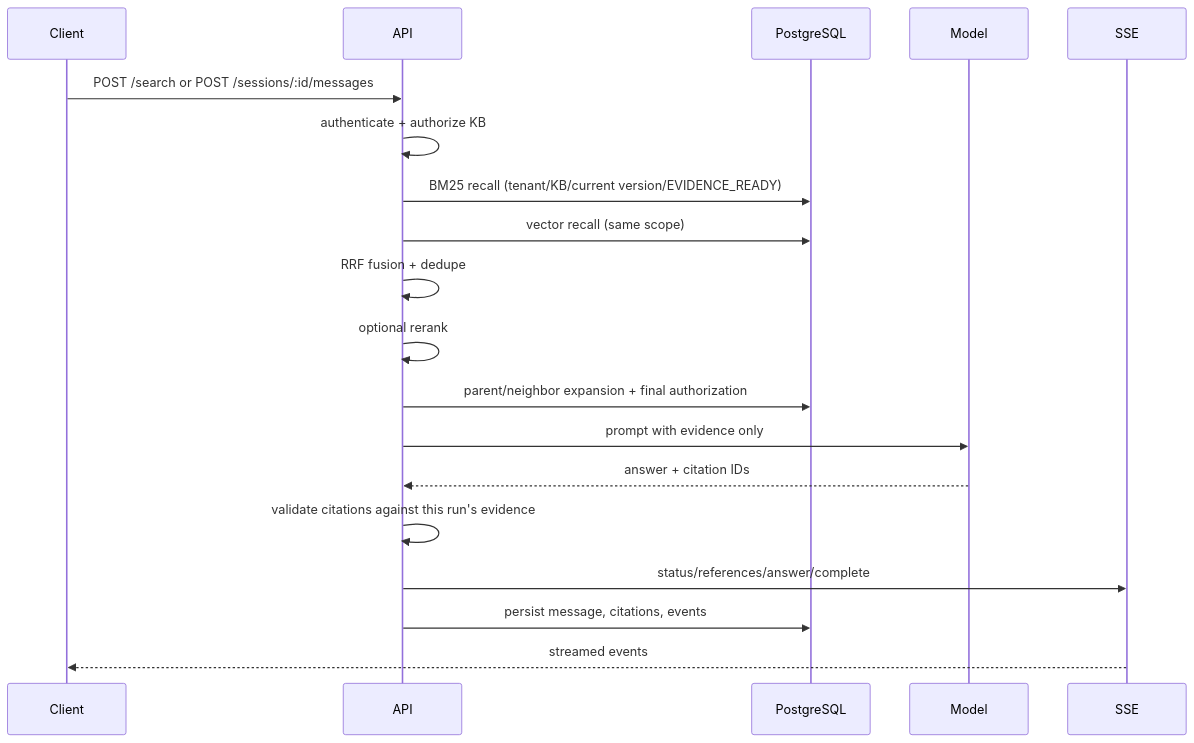
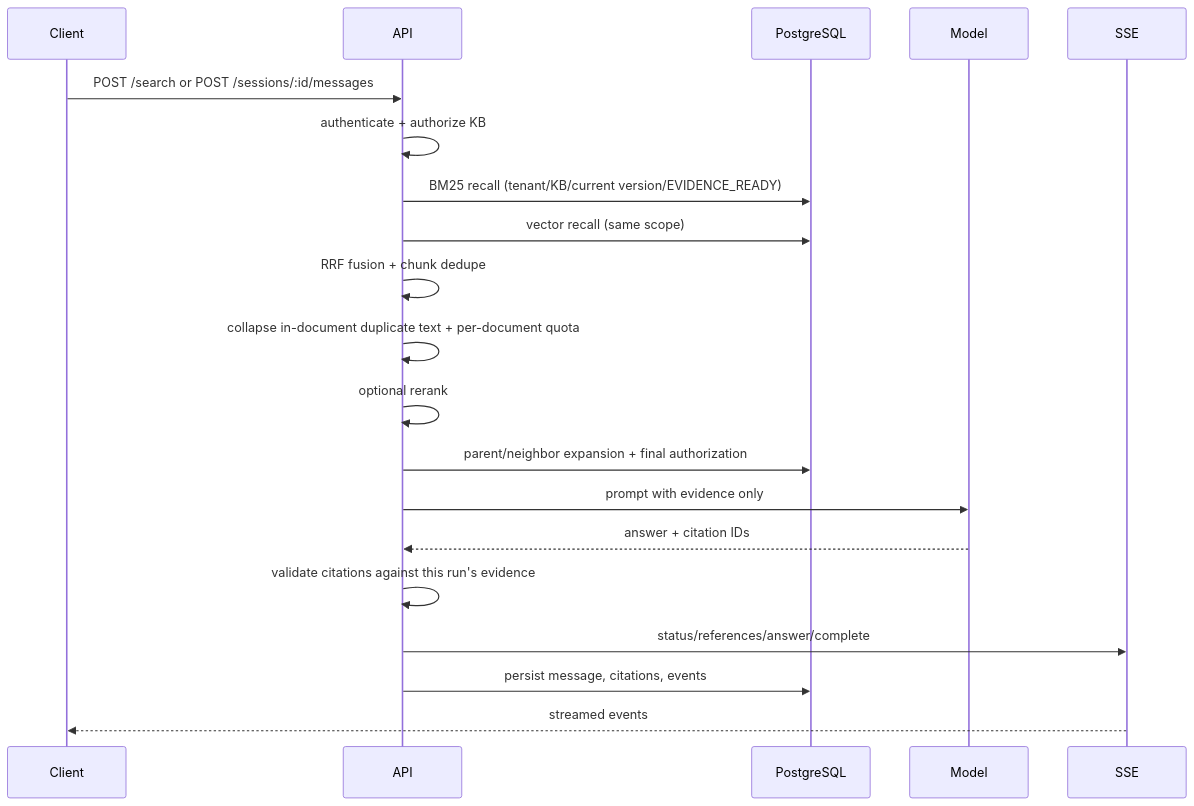
The third of 4 diagrams in docs/architecture.md (hzc19970630/rag-platform), drawn with Mermaid before and after one commit. The commit also changed other lines of this file and 4 other files, not shown here.

````diff
--- a/docs/architecture.md
+++ b/docs/architecture.md
@@ -114,22 +114,23 @@
 ```mermaid
 sequenceDiagram
     participant C as Client
     participant A as API
     participant DB as PostgreSQL
     participant M as Model
     participant S as SSE
 
     C->>A: POST /search or POST /sessions/:id/messages
     A->>A: authenticate + authorize KB
     A->>DB: BM25 recall (tenant/KB/current version/EVIDENCE_READY)
     A->>DB: vector recall (same scope)
-    A->>A: RRF fusion + dedupe
+    A->>A: RRF fusion + chunk dedupe
+    A->>A: collapse in-document duplicate text + per-document quota
     A->>A: optional rerank
     A->>DB: parent/neighbor expansion + final authorization
     A->>M: prompt with evidence only
     M-->>A: answer + citation IDs
     A->>A: validate citations against this run's evidence
     A->>S: status/references/answer/complete
     A->>DB: persist message, citations, events
     S-->>C: streamed events
 ```
````
